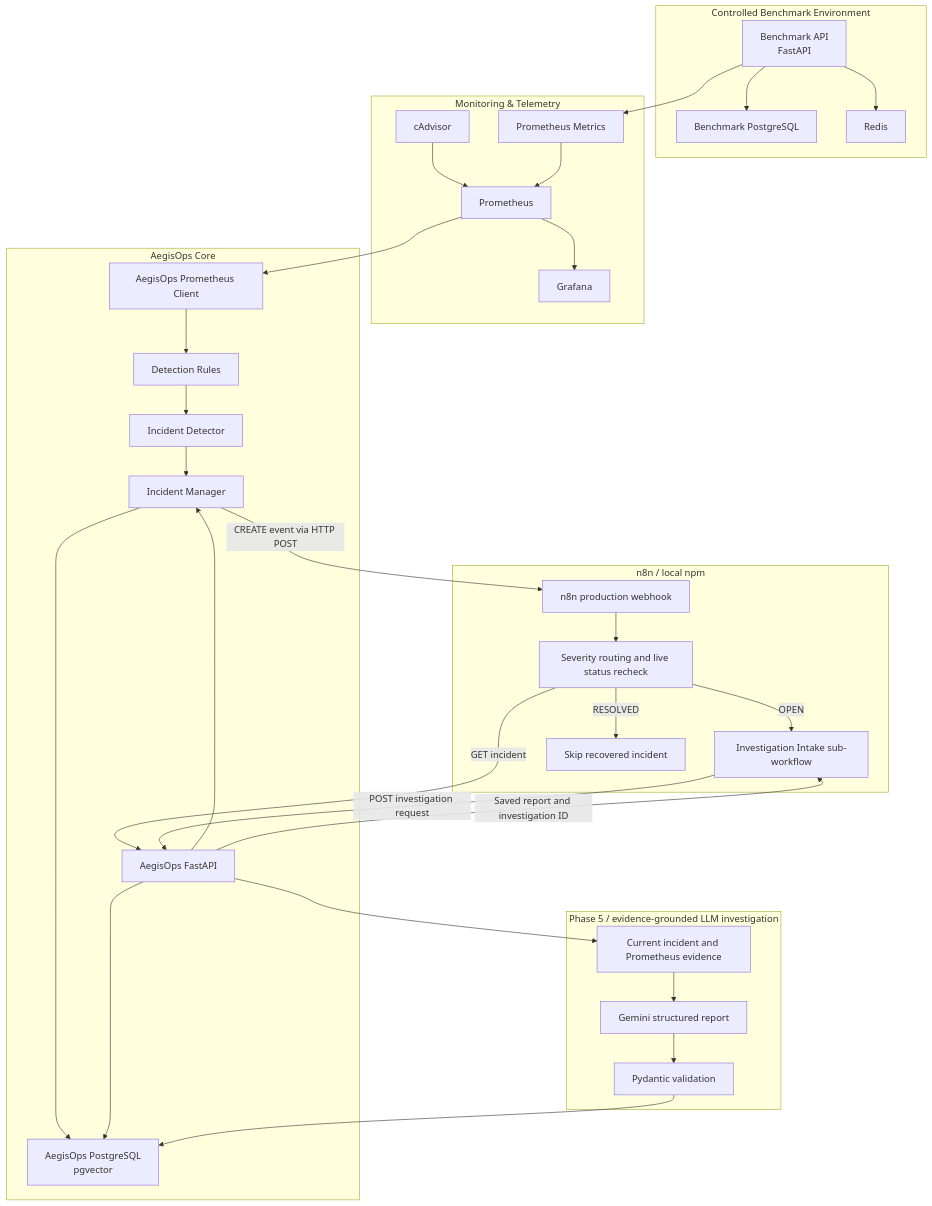
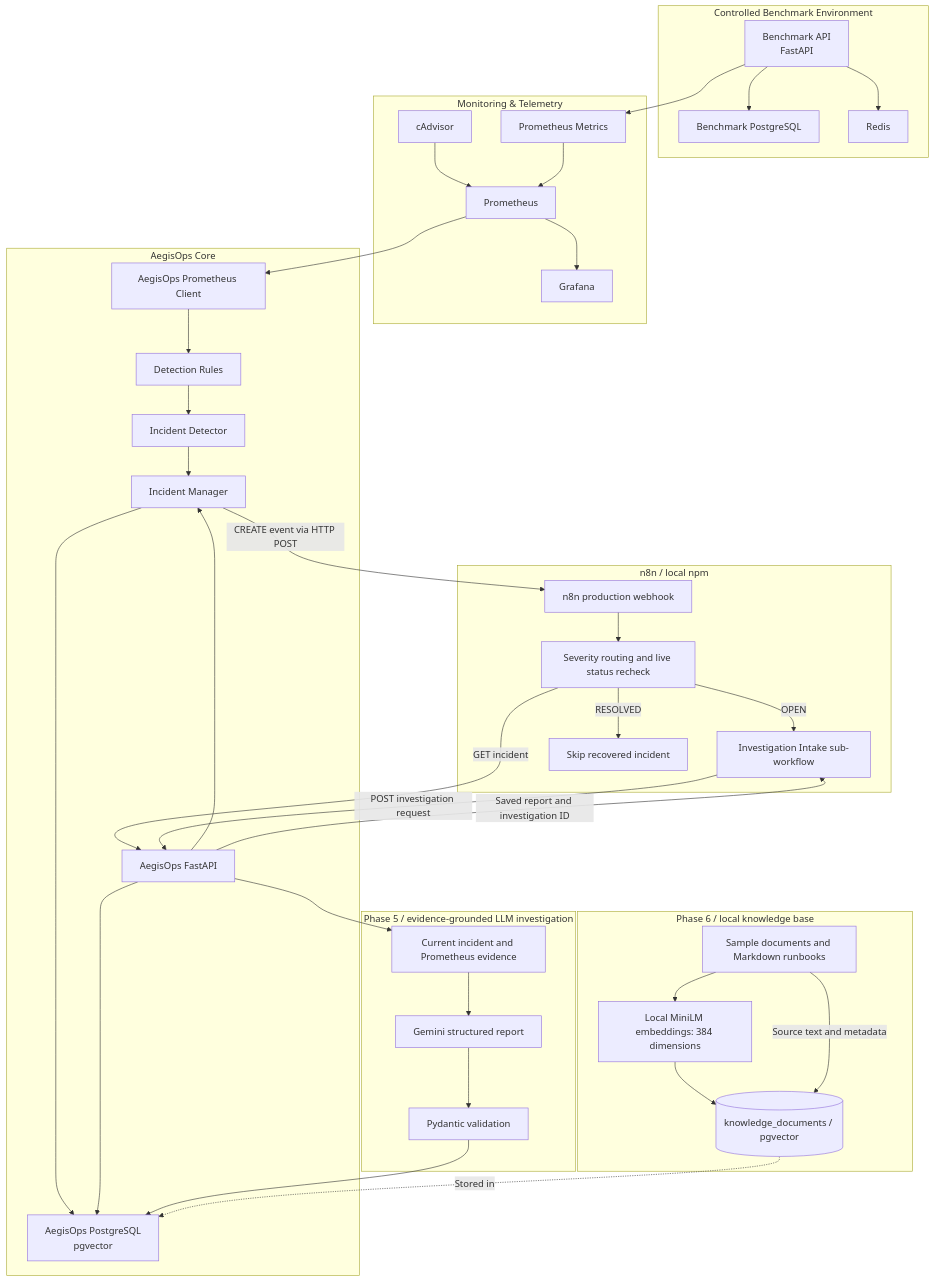
Before and after one commit to ushalabs/AegisOps: the diagram in README.md, drawn with Mermaid. The commit also changed other lines of this file and 13 other files, not shown here.

Commit message:
Phase 6: Embeddings

````diff
--- a/README.md
+++ b/README.md
@@ -14,65 +15,76 @@
 ```mermaid
 flowchart TD
     A[Benchmark API<br/>FastAPI] --> B[Benchmark PostgreSQL]
     A --> C[Redis]
     A --> D[Prometheus Metrics]
 
     E[cAdvisor] --> F[Prometheus]
     D --> F
     F --> G[Grafana]
 
     F --> H[AegisOps Prometheus Client]
     H --> I[Detection Rules]
     I --> J[Incident Detector]
     J --> K[Incident Manager]
     K --> L[AegisOps PostgreSQL<br/>pgvector]
 
     M[AegisOps FastAPI] --> K
     M --> L
     K -->|CREATE event via HTTP POST| O[n8n production webhook]
     O --> P[Severity routing and live status recheck]
     P -->|OPEN| Q[Investigation Intake sub-workflow]
     P -->|RESOLVED| R[Skip recovered incident]
     P -->|GET incident| M
     Q -->|POST investigation request| M
     M --> S[Current incident and Prometheus evidence]
     S --> T[Gemini structured report]
     T --> U[Pydantic validation]
     U --> L
     M -->|Saved report and investigation ID| Q
+
+    V[Sample documents and Markdown runbooks] --> W[Local MiniLM embeddings: 384 dimensions]
+    W --> X[(knowledge_documents / pgvector)]
+    V -->|Source text and metadata| X
+    X -.Stored in.-> L
+
+    subgraph Knowledge["Phase 6 / local knowledge base"]
+        V
+        W
+        X
+    end
 
     subgraph Benchmark["Controlled Benchmark Environment"]
         A
         B
         C
     end
 
     subgraph Observability["Monitoring & Telemetry"]
         D
         E
         F
         G
     end
 
     subgraph Orchestration["n8n / local npm"]
         O
         P
         Q
         R
     end
 
     subgraph Investigation["Phase 5 / evidence-grounded LLM investigation"]
         S
         T
         U
     end
 
     subgraph Core["AegisOps Core"]
         H
         I
         J
         K
         L
         M
     end
 ```
````
